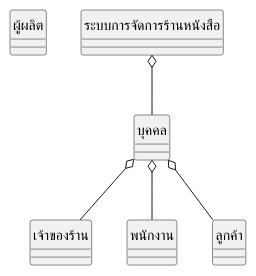
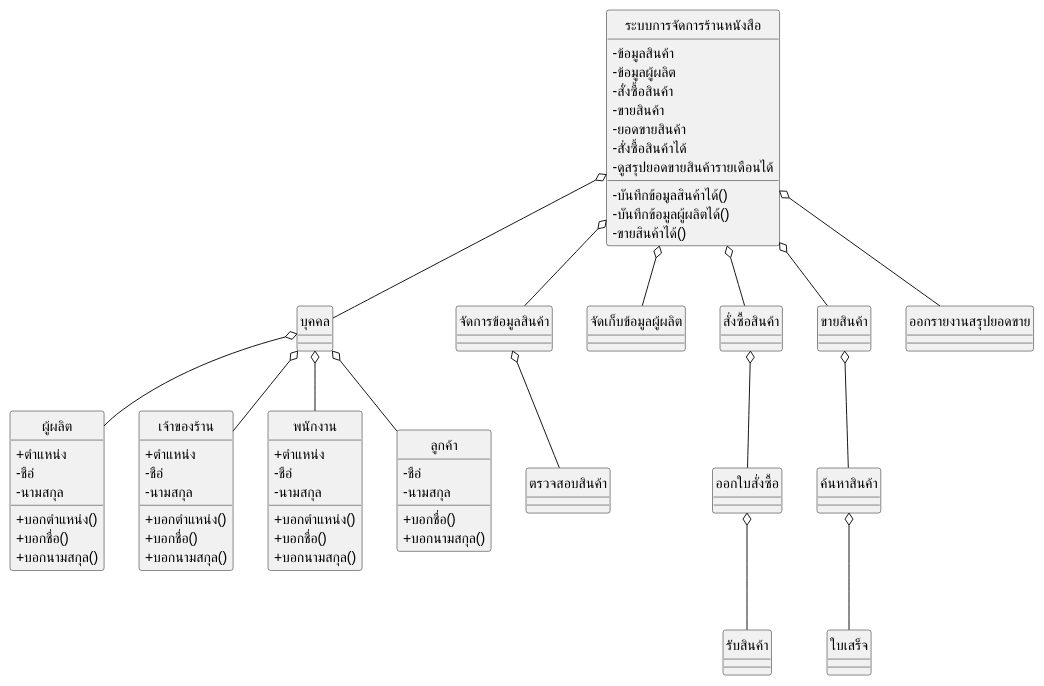
The diagram in 60030041/class diagram.puml (tanakorn128/Bookstore-Mamagement-System), drawn with PlantUML before and after one commit. The commit also changed 1 other file, not shown here.

```diff
--- a/60030041/class diagram.puml
+++ b/60030041/class diagram.puml
@@ -1,25 +1,101 @@
 @startuml "Bookstore Mamagement System"
+skinparam classAttributeIconSize 0
 hide circle
 class "ผู้ผลิต"{
++ตำแหน่ง
+-ชือ่
+-นามสกุล
++บอกตำแหน่ง()
++บอกชื่อ()
++บอกนามสกุล()
+}
 
+class "ระบบการจัดการร้านหนังสือ"{
+
+-ข้อมูลสินค้า
+-ข้อมูลผู้ผลิต
+-สั่งซื้อสินค้า
+-ขายสินค้า
+-ยอดขายสินค้า
+-บันทึกข้อมูลสินค้าได้()
+-บันทึกข้อมูลผู้ผลิตได้()
+-สั่งซื้อสินค้าได้
+-ขายสินค้าได้()
+-ดูสรุปยอดขายสินค้ารายเดือนได้
+
+}
+class "เจ้าของร้าน"{
++ตำแหน่ง
+-ชือ่
+-นามสกุล
++บอกตำแหน่ง()
++บอกชื่อ()
++บอกนามสกุล()
+}
+class "พนักงาน"{
++ตำแหน่ง
+-ชือ่
+-นามสกุล
++บอกตำแหน่ง()
++บอกชื่อ()
++บอกนามสกุล()
 }
 class "บุคคล"{
 
 }
-class "ระบบการจัดการร้านหนังสือ"{
+class "ลูกค้า"{
+-ชือ่
+-นามสกุล
++บอกชื่อ()
++บอกนามสกุล()
+}
+
+class "จัดการข้อมูลสินค้า"{
 
 }
-class "เจ้าของร้าน"{
+class "จัดเก็บข้อมูลผู้ผลิต"{
 
 }
-class "พนักงาน"{
+class "สั่งซื้อสินค้า"{
 
 }
-class "ลูกค้า"{
+class "รับสินค้า"{
 
 }
-"ระบบการจัดการร้านหนังสือ" o-- "บุคคล"
+class "ขายสินค้า"{
+
+}
+class "ออกรายงานสรุปยอดขาย"{
+
+}
+class "ออกใบสั่งซื้อ"{
+
+}
+class "ค้นหาสินค้า"{
+
+}
+class "ขายสินค้า"{
+
+}
+class "ตรวจสอบสินค้า"{
+
+}
+class "ใบเสร็จ"{
+
+}
+"บุคคล" o-- "พนักงาน"
 "บุคคล" o-- "เจ้าของร้าน"
-"บุคคล" o-- "พนักงาน"
+"บุคคล" o-- "ผู้ผลิต"
 "บุคคล" o-- "ลูกค้า"
+"ระบบการจัดการร้านหนังสือ" o-- "บุคคล" 
+"ระบบการจัดการร้านหนังสือ" o-- "จัดการข้อมูลสินค้า" 
+"ระบบการจัดการร้านหนังสือ" o-- "จัดเก็บข้อมูลผู้ผลิต"
+"ระบบการจัดการร้านหนังสือ" o-- "สั่งซื้อสินค้า"
+"ระบบการจัดการร้านหนังสือ" o-- "ขายสินค้า"
+"ระบบการจัดการร้านหนังสือ" o-- "ออกรายงานสรุปยอดขาย"
+"สั่งซื้อสินค้า" o-- "ออกใบสั่งซื้อ"
+"จัดการข้อมูลสินค้า" o-- "ตรวจสอบสินค้า"
+"ออกใบสั่งซื้อ" o-- "รับสินค้า"
+"ขายสินค้า" o--"ค้นหาสินค้า"
+"ค้นหาสินค้า" o-- "ใบเสร็จ"
 @enduml
```
